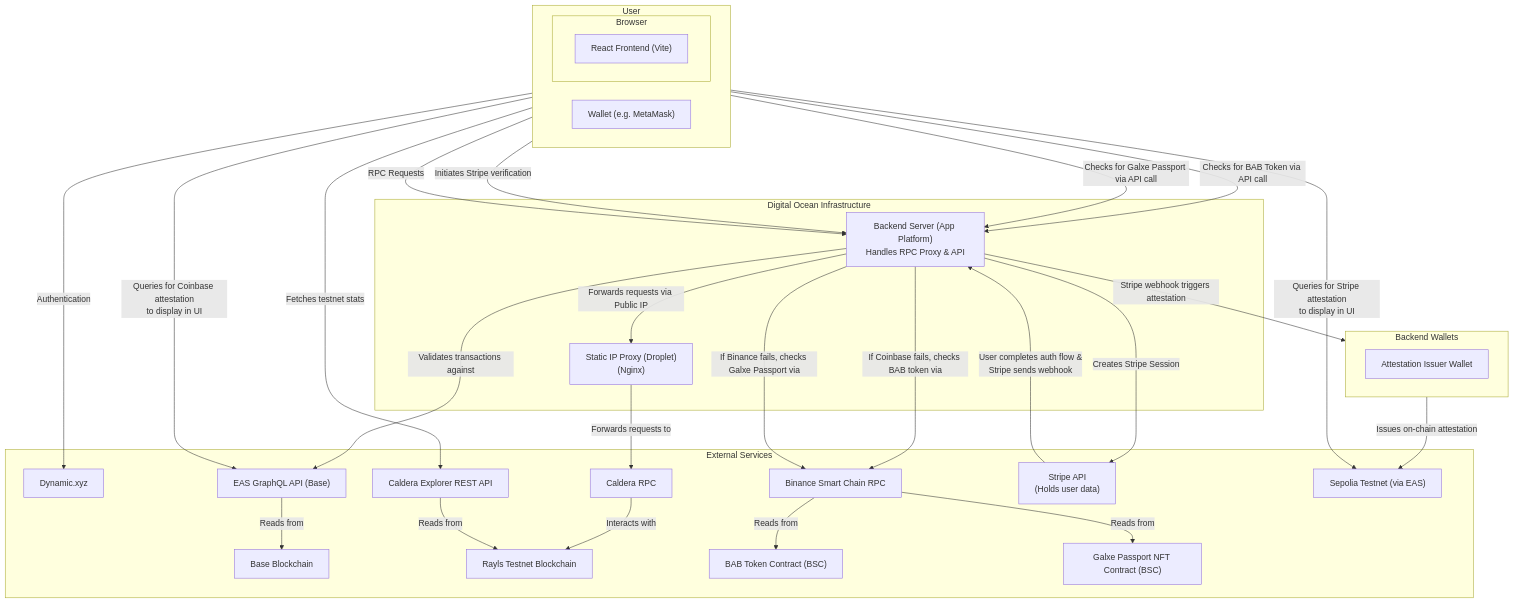
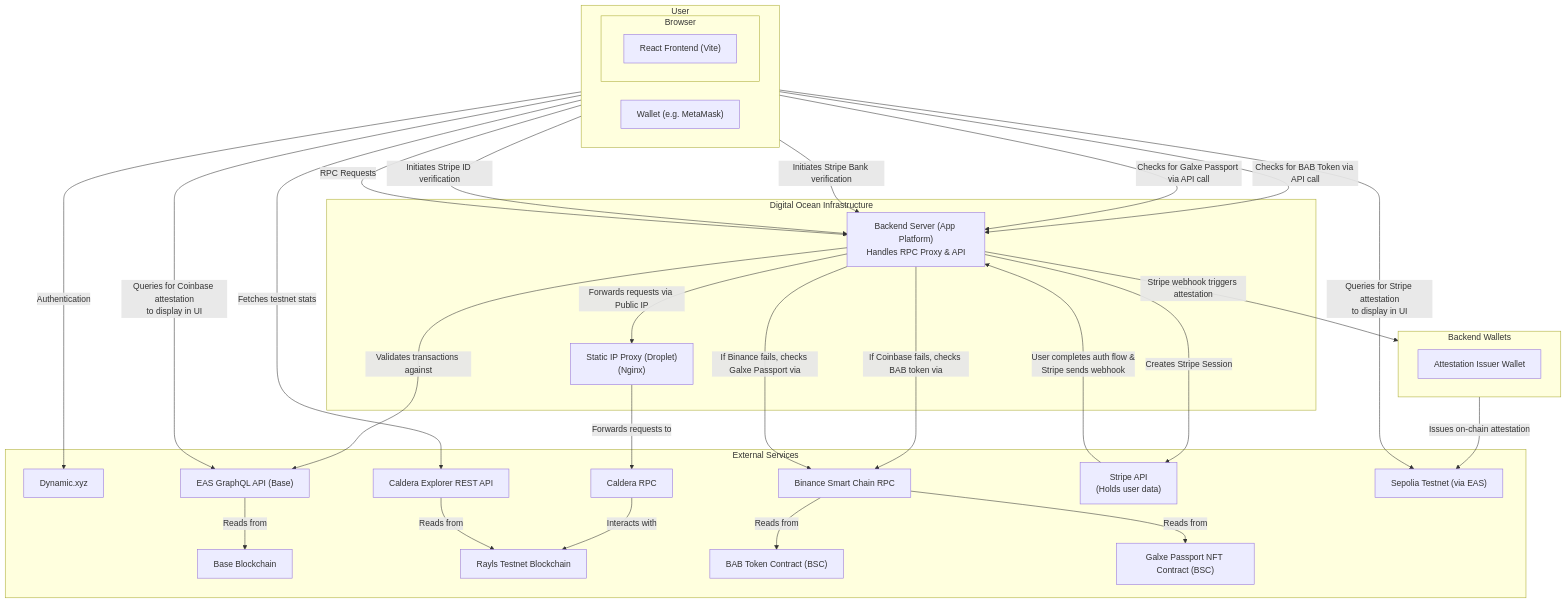
One commit to AlexJupiter/rayls-dapp changed the diagram in README.md. Above: the diagram before and after it, drawn with Mermaid. The commit also changed 2 other files, not shown here.

Commit message:
adding identity check

````diff
--- a/README.md
+++ b/README.md
@@ -24,57 +24,58 @@
 ```mermaid
 graph TD
     subgraph "User"
         direction LR
         subgraph "Browser"
             A["React Frontend (Vite)"]
         end
         H["Wallet (e.g. MetaMask)"]
     end
 
     subgraph "Digital&nbsp;Ocean&nbsp;Infrastructure"
         B["Backend Server (App Platform)<br/>Handles RPC Proxy & API"]
         P["Static IP Proxy (Droplet)<br/>(Nginx)"]
     end
 
     subgraph "External Services"
         C["Dynamic.xyz"]
         D["Caldera RPC"]
         E["EAS GraphQL API (Base)"]
         F["Base Blockchain"]
         G["Rayls Testnet Blockchain"]
         I["Caldera Explorer REST API"]
         J["Binance Smart Chain RPC"]
         K["BAB Token Contract (BSC)"]
         L["Galxe Passport NFT Contract (BSC)"]
         M["Stripe API<br/>(Holds user data)"]
         N["Sepolia Testnet (via EAS)"]
     end
 
     subgraph "Backend Wallets"
         direction LR
         O["Attestation Issuer Wallet"]
     end
 
     A -- "Authentication" --> C;
     A -- "Queries for Coinbase attestation<br/>to display in UI" --> E;
     A -- "Checks for BAB Token via API call" --> B;
     A -- "Checks for Galxe Passport via API call" --> B;
     A -- "Queries for Stripe attestation<br/>to display in UI" --> N;
     A -- "Fetches testnet stats" --> I;
-    A -- "Initiates Stripe verification" --> B;
+    A -- "Initiates Stripe Bank verification" --> B;
+    A -- "Initiates Stripe ID verification" --> B;
     B -- "Creates Stripe Session" --> M;
     M -- "User completes auth flow &<br/>Stripe sends webhook" --> B;
     B -- "Stripe webhook triggers attestation" --> O;
     O -- "Issues on-chain attestation" --> N;
     H -- "RPC Requests" --> B;
     B -- "Forwards requests via Public IP" --> P;
     P -- "Forwards requests to" --> D;
     D -- "Interacts with" --> G;
     B -- "Validates transactions against" --> E;
     B -- "If Coinbase fails, checks BAB token via" --> J;
     B -- "If Binance fails, checks Galxe Passport via" --> J;
     E -- "Reads from" --> F;
     I -- "Reads from" --> G;
     J -- "Reads from" --> K;
     J -- "Reads from" --> L;
 ```
````
